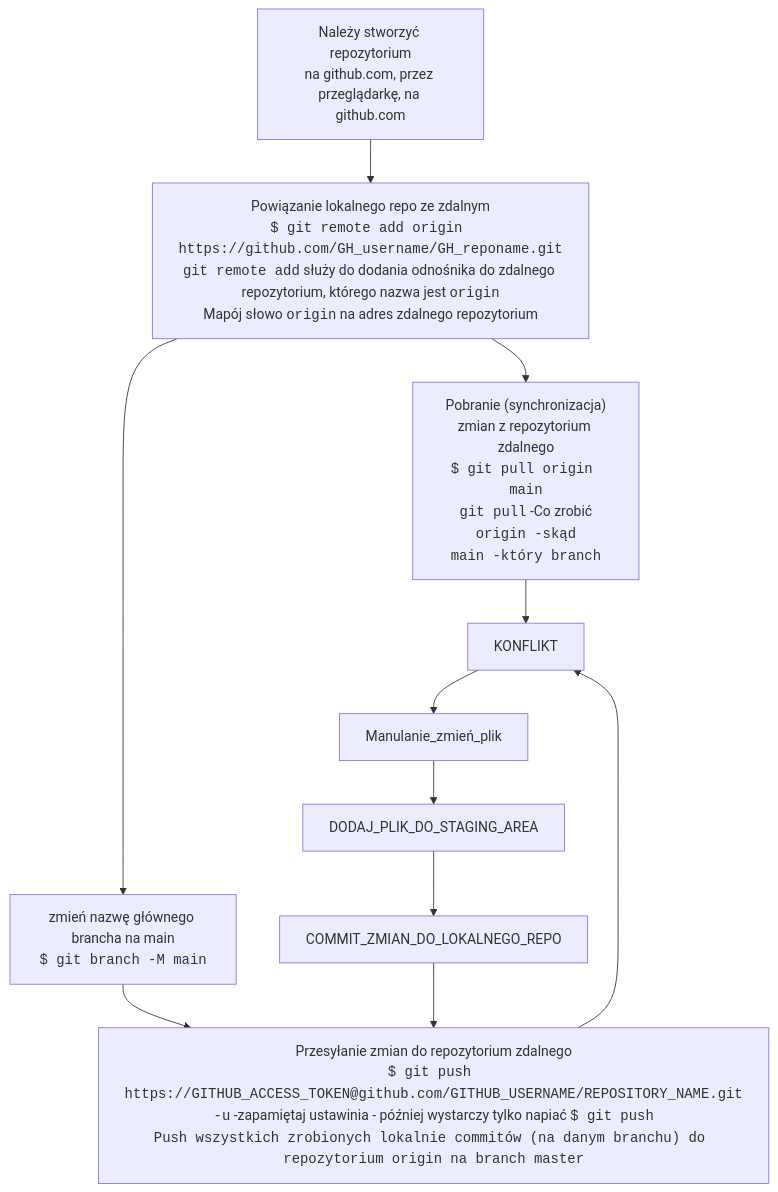
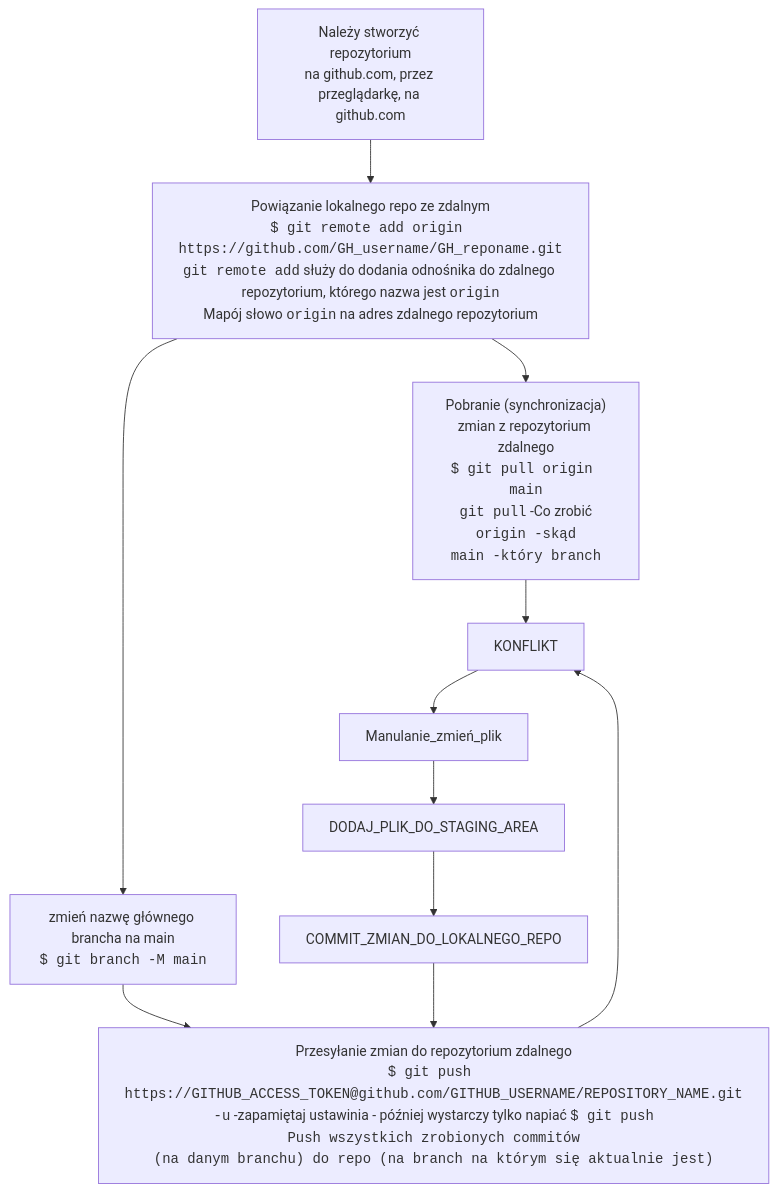
Before and after one commit to dankuc237/notatki: the second of 3 diagrams in git-graph.md, drawn with Mermaid. The commit also changed other lines of this file, not shown here.

Commit message:
usunieto branch

````diff
--- a/git-graph.md
+++ b/git-graph.md
@@ -39,22 +39,21 @@
 ```mermaid
 graph TB
         STWORZ_REPO_NA_GH["Należy stworzyć repozytorium<br>na github.com, przez przeglądarkę, na github.com"]
         POWIAZ_LOKALNE_I_ZDALNE_REPO["Powiązanie lokalnego repo ze zdalnym<br><code>$ git remote add origin https://github.com/GH_username/GH_reponame.git</code><br><code>git remote add</code> służy do dodania odnośnika do zdalnego repozytorium, którego nazwa jest <code>origin</code><br>Mapój słowo <code>origin</code> na adres zdalnego repozytorium"]
-        PUSH_DO_GITHUB["Przesyłanie zmian do repozytorium zdalnego<br><code>$ git push https://GITHUB_ACCESS_TOKEN@github.com/GITHUB_USERNAME/REPOSITORY_NAME.git</code><br><code>-u</code> -zapamiętaj ustawinia - później wystarczy tylko napiać <code>$ git push<code><br>Push wszystkich zrobionych lokalnie commitów (na danym branchu) do repozytorium origin na branch master"]
+        PUSH_DO_GITHUB["Przesyłanie zmian do repozytorium zdalnego<br><code>$ git push https://GITHUB_ACCESS_TOKEN@github.com/GITHUB_USERNAME/REPOSITORY_NAME.git</code><br><code>-u</code> -zapamiętaj ustawinia - później wystarczy tylko napiać <code>$ git push<code><br>Push wszystkich zrobionych commitów<br>(na danym branchu) do repo (na branch na którym się aktualnie jest)"]
         ZMIEN_NAZWE_BRANCH_NA_MAIN["zmień nazwę głównego brancha na main<br><code>$ git branch -M main</code>"]
         UPDATE_LOKALNEGO_REPO_Z_GH["Pobranie (synchronizacja)<br>zmian z repozytorium zdalnego<br><code>$ git pull origin main</code><br><code>git pull</code> -Co zrobić<br><code>origin<code> -skąd<br><code>main</code> -który branch"]
         KONFLIKT
 
         POWIAZ_LOKALNE_I_ZDALNE_REPO --> UPDATE_LOKALNEGO_REPO_Z_GH
         POWIAZ_LOKALNE_I_ZDALNE_REPO --> ZMIEN_NAZWE_BRANCH_NA_MAIN
         ZMIEN_NAZWE_BRANCH_NA_MAIN --> PUSH_DO_GITHUB
         STWORZ_REPO_NA_GH --> POWIAZ_LOKALNE_I_ZDALNE_REPO
         COMMIT_ZMIAN_DO_LOKALNEGO_REPO --> PUSH_DO_GITHUB
         PUSH_DO_GITHUB --> KONFLIKT
         UPDATE_LOKALNEGO_REPO_Z_GH --> KONFLIKT
         KONFLIKT--> Manulanie_zmień_plik
         DODAJ_PLIK_DO_STAGING_AREA --> COMMIT_ZMIAN_DO_LOKALNEGO_REPO
         Manulanie_zmień_plik --> DODAJ_PLIK_DO_STAGING_AREA
 
-
 ```
````
